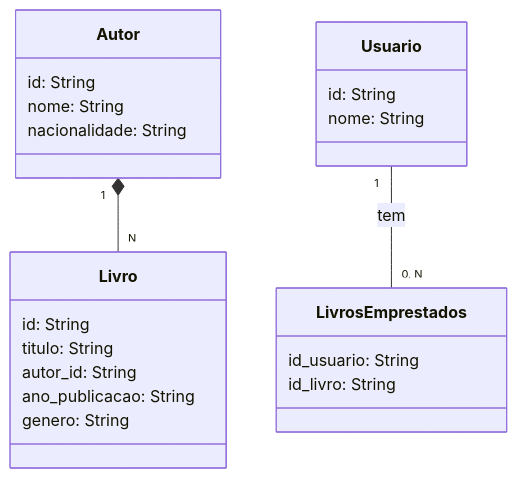
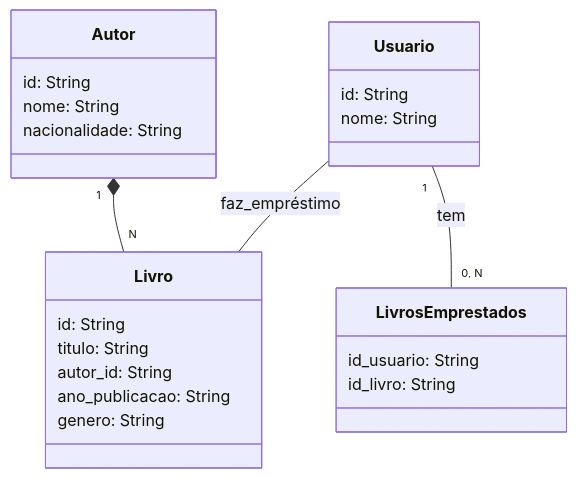
One commit to rafael2051/Controle-de-Fluxo---Desafio changed the diagram in santander-dev-week-2023/README.MD. Above: the diagram before and after it, drawn with Mermaid.

````diff
--- a/santander-dev-week-2023/README.MD
+++ b/santander-dev-week-2023/README.MD
@@ -6,31 +6,31 @@
 ```mermaid
 classDiagram
     class Livro {
         id: String
         titulo: String
         autor_id: String
         ano_publicacao: String
         genero: String
     }
 
     class Autor {
         id: String
         nome: String
         nacionalidade: String
     }
 
     class Usuario {
         id: String
         nome: String
     }
 
     class LivrosEmprestados {
         id_usuario: String
         id_livro: String
     }
 
     Autor "1" *-- "N" Livro
     Usuario "1" -- "0, N" LivrosEmprestados : tem
-    
+    Usuario -- Livro : faz_empréstimo
 
 ```
````
